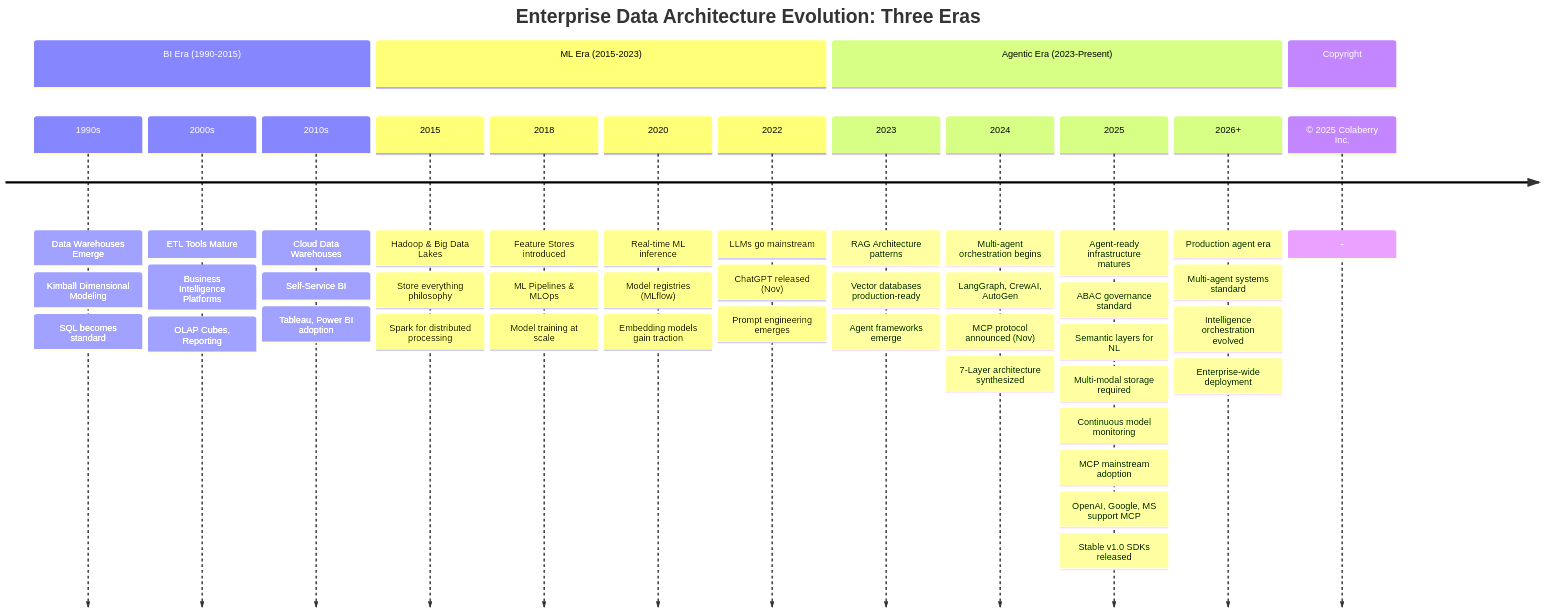
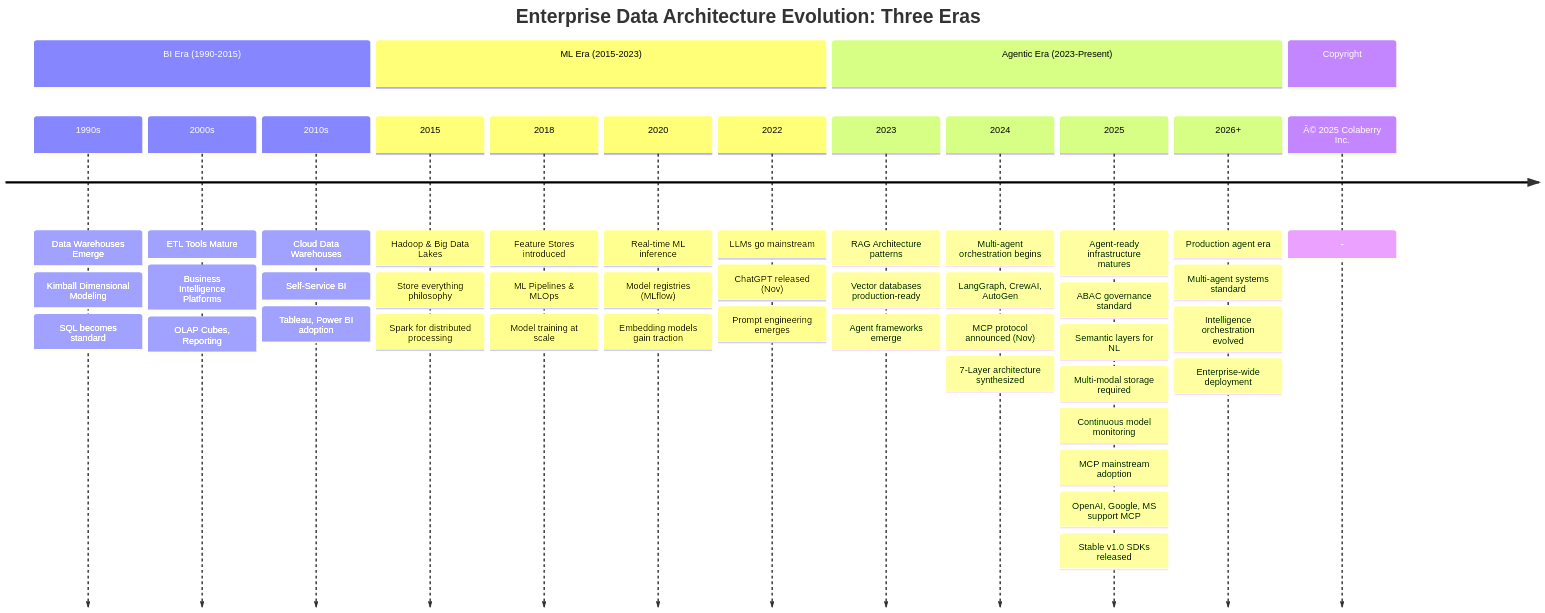
Before and after one commit to colaberry/enterprise-data-readiness-ai-agents: diagram 18 of 18 in chapter-01/chapter_1_complete.md, drawn with Mermaid. The commit also changed other lines of this file and 24 other files, not shown here.

````diff
--- a/chapter-01/chapter_1_complete.md
+++ b/chapter-01/chapter_1_complete.md
@@ -3349,53 +3363,53 @@
 ```mermaid
 timeline
     title Enterprise Data Architecture Evolution: Three Eras
     
     section BI Era (1990-2015)
         1990s : Data Warehouses Emerge
               : Kimball Dimensional Modeling
               : SQL becomes standard
         2000s : ETL Tools Mature
               : Business Intelligence Platforms
               : OLAP Cubes, Reporting
         2010s : Cloud Data Warehouses
               : Self-Service BI
               : Tableau, Power BI adoption
               
     section ML Era (2015-2023)
         2015 : Hadoop & Big Data Lakes
              : Store everything philosophy
              : Spark for distributed processing
         2018 : Feature Stores introduced
              : ML Pipelines & MLOps
              : Model training at scale
         2020 : Real-time ML inference
              : Model registries (MLflow)
              : Embedding models gain traction
         2022 : LLMs go mainstream
              : ChatGPT released (Nov)
              : Prompt engineering emerges
              
     section Agentic Era (2023-Present)
         2023 : RAG Architecture patterns
              : Vector databases production-ready
              : Agent frameworks emerge
         2024 : Multi-agent orchestration begins
              : LangGraph, CrewAI, AutoGen
              : MCP protocol announced (Nov)
              : 7-Layer architecture synthesized
         2025 : Agent-ready infrastructure matures
              : ABAC governance standard
              : Semantic layers for NL
              : Multi-modal storage required
              : Continuous model monitoring
              : MCP mainstream adoption
              : OpenAI, Google, MS support MCP
              : Stable v1.0 SDKs released
         2026+ : Production agent era
               : Multi-agent systems standard
               : Intelligence orchestration evolved
               : Enterprise-wide deployment
     
     section Copyright
-        © 2025 Colaberry Inc. : -
+        Â© 2025 Colaberry Inc. : -
 ```
````
